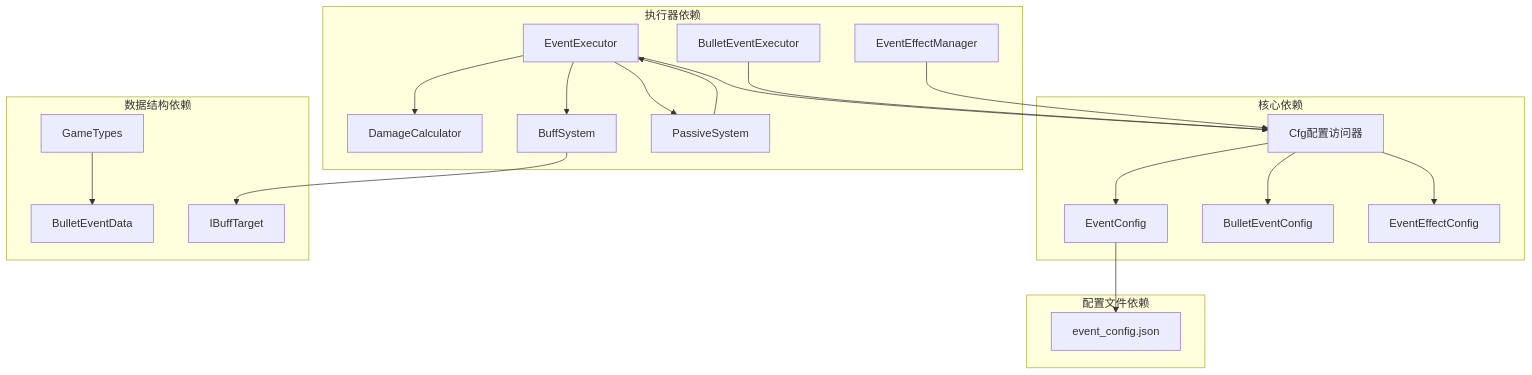
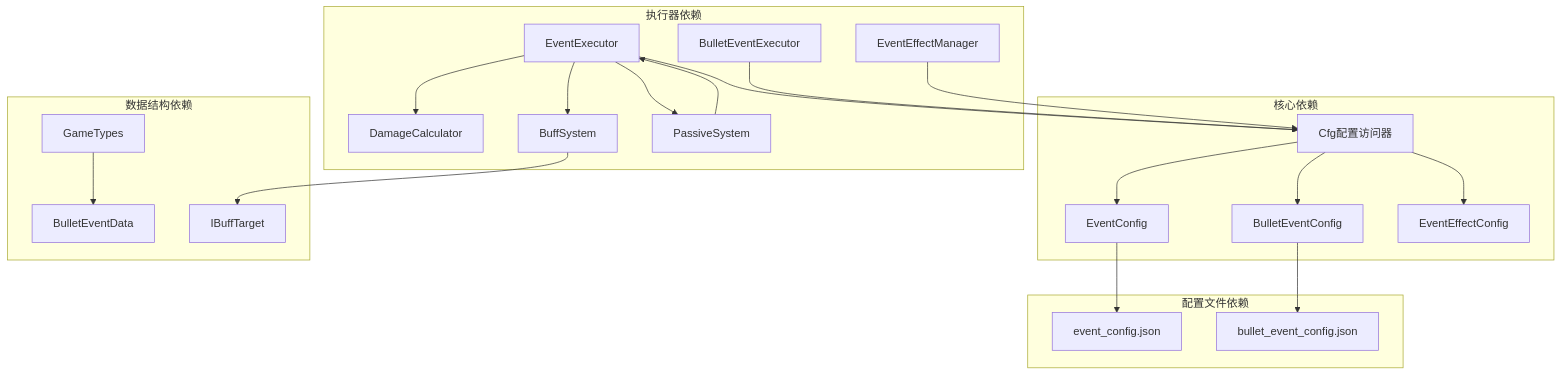
Before and after one commit to Tuusen/p1_client: the eighth of 8 diagrams in .qoder/repowiki/zh/content/Event System.md, drawn with Mermaid. The commit also changed other lines of this file and 13 other files, not shown here.

````diff
--- a/.qoder/repowiki/zh/content/Event System.md
+++ b/.qoder/repowiki/zh/content/Event System.md
@@ -318,24 +387,25 @@
 ```mermaid
 graph TB
 subgraph "核心依赖"
 Cfg[Cfg配置访问器] --> EventConfig
 Cfg --> BulletEventConfig
 Cfg --> EventEffectConfig
 end
 subgraph "执行器依赖"
 EventExecutor --> Cfg
 EventExecutor --> DamageCalculator
 EventExecutor --> BuffSystem
 EventExecutor --> PassiveSystem
 BulletEventExecutor --> Cfg
 EventEffectManager --> Cfg
 end
 subgraph "数据结构依赖"
 GameTypes --> BulletEventData
 BuffSystem --> IBuffTarget
 PassiveSystem --> EventExecutor
 end
 subgraph "配置文件依赖"
 EventConfig --> event_config.json
+BulletEventConfig --> bullet_event_config.json
 end
 ```
````
